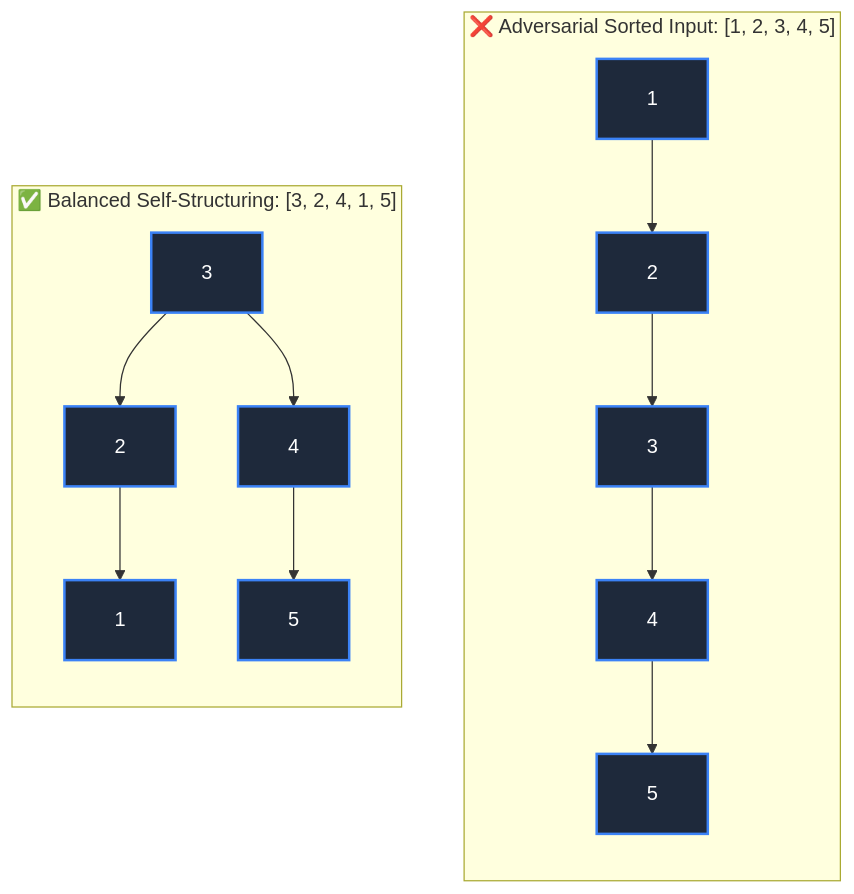
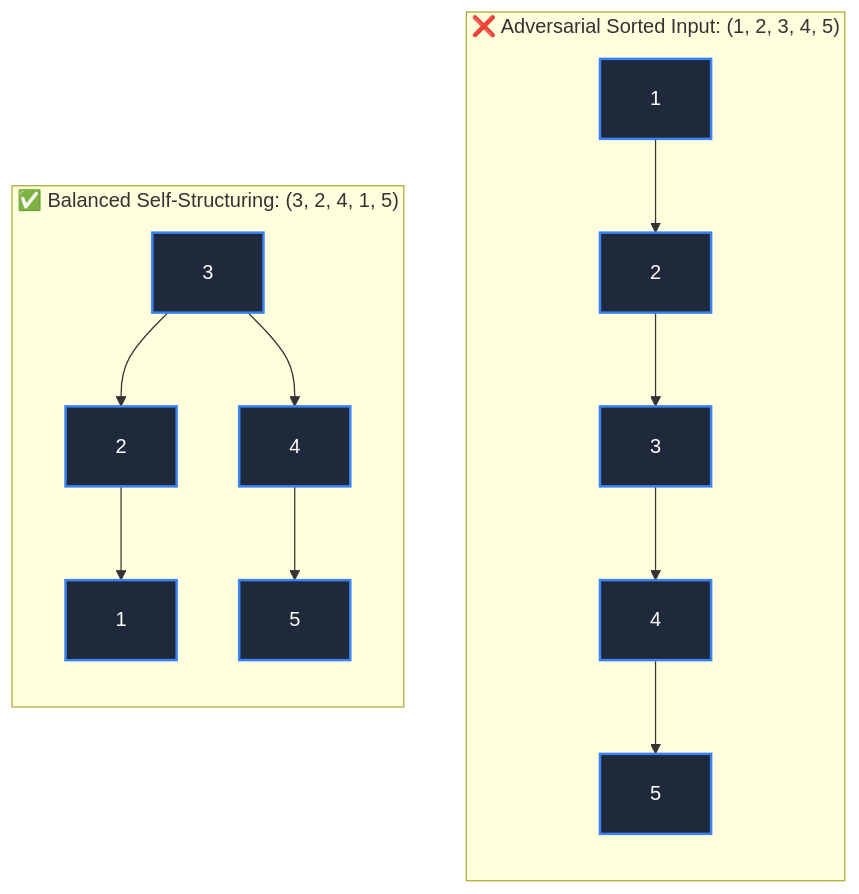
Diagram 11 of 25 in week_07_trees_and_balanced_search_trees/Week_07_Visual_Concepts_Playbook_HYBRID.md (dip4k/DSA_102), drawn with Mermaid before and after one commit. The commit also changed other lines of this file and 147 other files, not shown here.

First line of the commit message:
feat(curriculum): enrich Weeks 01-19 instructional modules & resolve repository-wide Mermaid cutoff

````diff
--- a/week_07_trees_and_balanced_search_trees/Week_07_Visual_Concepts_Playbook_HYBRID.md
+++ b/week_07_trees_and_balanced_search_trees/Week_07_Visual_Concepts_Playbook_HYBRID.md
@@ -338,21 +338,21 @@
 ```mermaid
 %%{init: {"flowchart": {"htmlLabels": true, "padding": 20}, "themeCSS": "foreignObject { overflow: visible !important; }"}}%%
 flowchart TD
-    subgraph Degenerate["❌ Adversarial Sorted Input: [1, 2, 3, 4, 5]"]
+    subgraph Degenerate["❌ Adversarial Sorted Input: (1, 2, 3, 4, 5)"]
         direction TB
         D1["1"] --> D2["2"]
         D2 --> D3["3"]
         D3 --> D4["4"]
         D4 --> D5["5"]
     end
 
-    subgraph Balanced["✅ Balanced Self-Structuring: [3, 2, 4, 1, 5]"]
+    subgraph Balanced["✅ Balanced Self-Structuring: (3, 2, 4, 1, 5)"]
         direction TB
         B3["3"] --> B2["2"]
         B3 --> B4["4"]
         B2 --> B1["1"]
         B4 --> B5["5"]
     end
 
     classDef default fill:#1e293b,stroke:#3b82f6,stroke-width:2px,color:#ffffff
 ```
````
